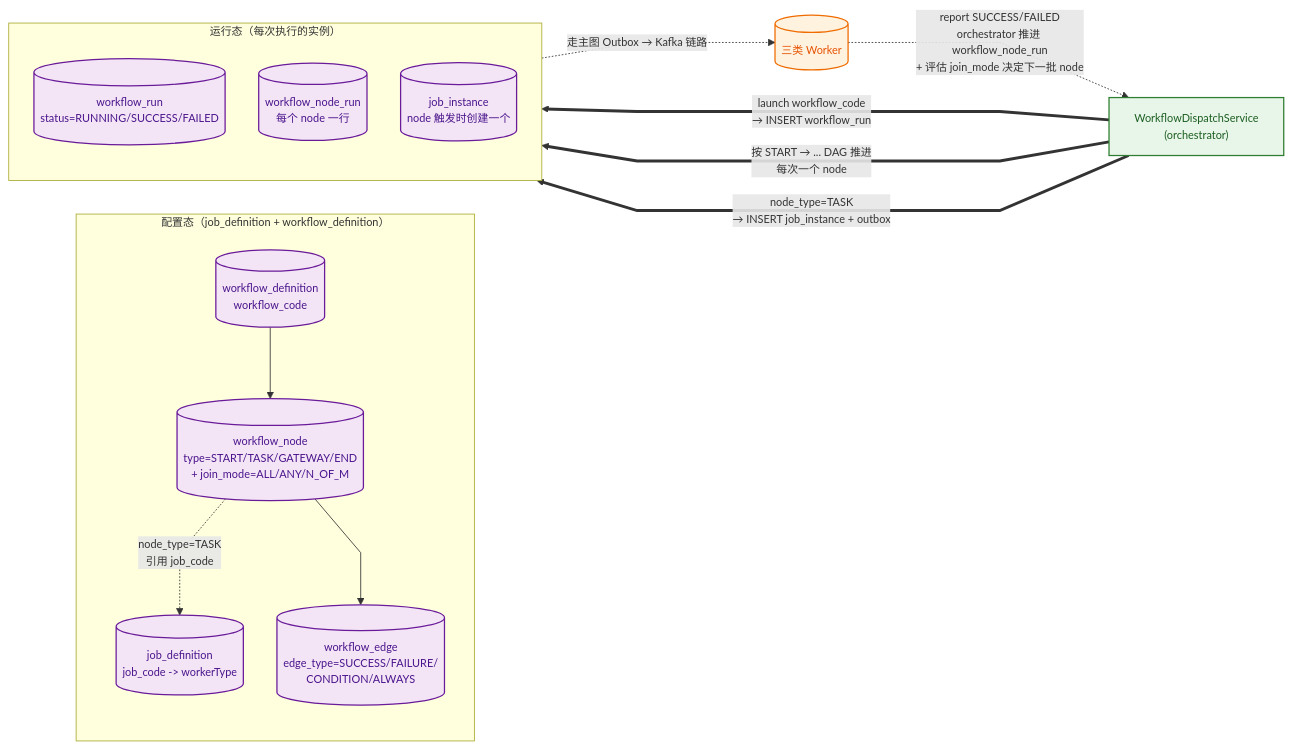
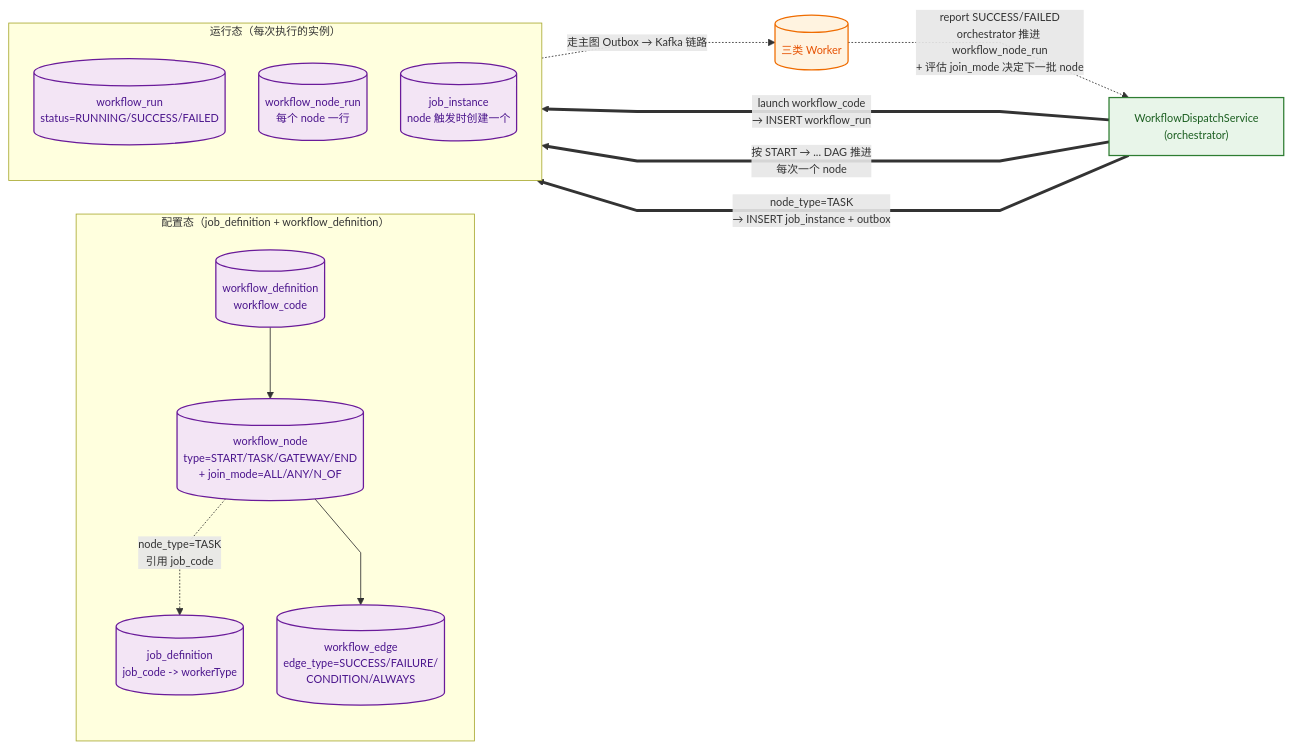
One commit to pinpols/file-batch-system changed the fifth of 20 diagrams in docs/architecture/system-flow-overview.md. Above: the diagram before and after it, drawn with Mermaid. The commit also changed other lines of this file and 90 other files, not shown here.

````diff
--- a/docs/architecture/system-flow-overview.md
+++ b/docs/architecture/system-flow-overview.md
@@ -389,35 +389,35 @@
 ```mermaid
 %%{init: {'flowchart': {'curve': 'linear', 'nodeSpacing': 40, 'rankSpacing': 60, 'htmlLabels': true}, 'themeVariables': {'fontSize': '13px'}}}%%
 flowchart LR
   subgraph DEF ["配置态（job_definition + workflow_definition）"]
     direction TB
     JD[("job_definition<br/>job_code -> workerType")]:::store
     WD[(workflow_definition<br/>workflow_code)]:::store
-    WN[(workflow_node<br/>type=START/TASK/GATEWAY/END<br/>+ join_mode=ALL/ANY/N_OF_M)]:::store
+    WN[(workflow_node<br/>type=START/TASK/GATEWAY/END<br/>+ join_mode=ALL/ANY/N_OF)]:::store
     WE[(workflow_edge<br/>edge_type=SUCCESS/FAILURE/<br/>CONDITION/ALWAYS)]:::store
   end
 
   subgraph RUN ["运行态（每次执行的实例）"]
     direction TB
     WR[(workflow_run<br/>status=RUNNING/SUCCESS/FAILED)]:::store
     WNR[(workflow_node_run<br/>每个 node 一行)]:::store
     JI[(job_instance<br/>node 触发时创建一个)]:::store
   end
 
   ENG["WorkflowDispatchService<br/>(orchestrator)"]:::svc
   WORKER[(三类 Worker)]:::worker
 
   WD --> WN
   WN --> WE
   WN -.->|"node_type=TASK<br/>引用 job_code"| JD
 
   ENG ==>|"launch workflow_code<br/>→ INSERT workflow_run"| WR
   ENG ==>|"按 START → ... DAG 推进<br/>每次一个 node"| WNR
   ENG ==>|"node_type=TASK<br/>→ INSERT job_instance + outbox"| JI
   JI -. "走主图 Outbox → Kafka 链路" .-> WORKER
   WORKER -. "report SUCCESS/FAILED<br/>orchestrator 推进 workflow_node_run<br/>+ 评估 join_mode 决定下一批 node" .-> ENG
 
   classDef svc     fill:#e8f5e9,stroke:#2e7d32,stroke-width:1.5px,color:#1b5e20;
   classDef worker  fill:#fff3e0,stroke:#ef6c00,stroke-width:1.5px,color:#e65100;
   classDef store   fill:#f3e5f5,stroke:#6a1b9a,stroke-width:1.5px,color:#4a148c;
 ```
````
